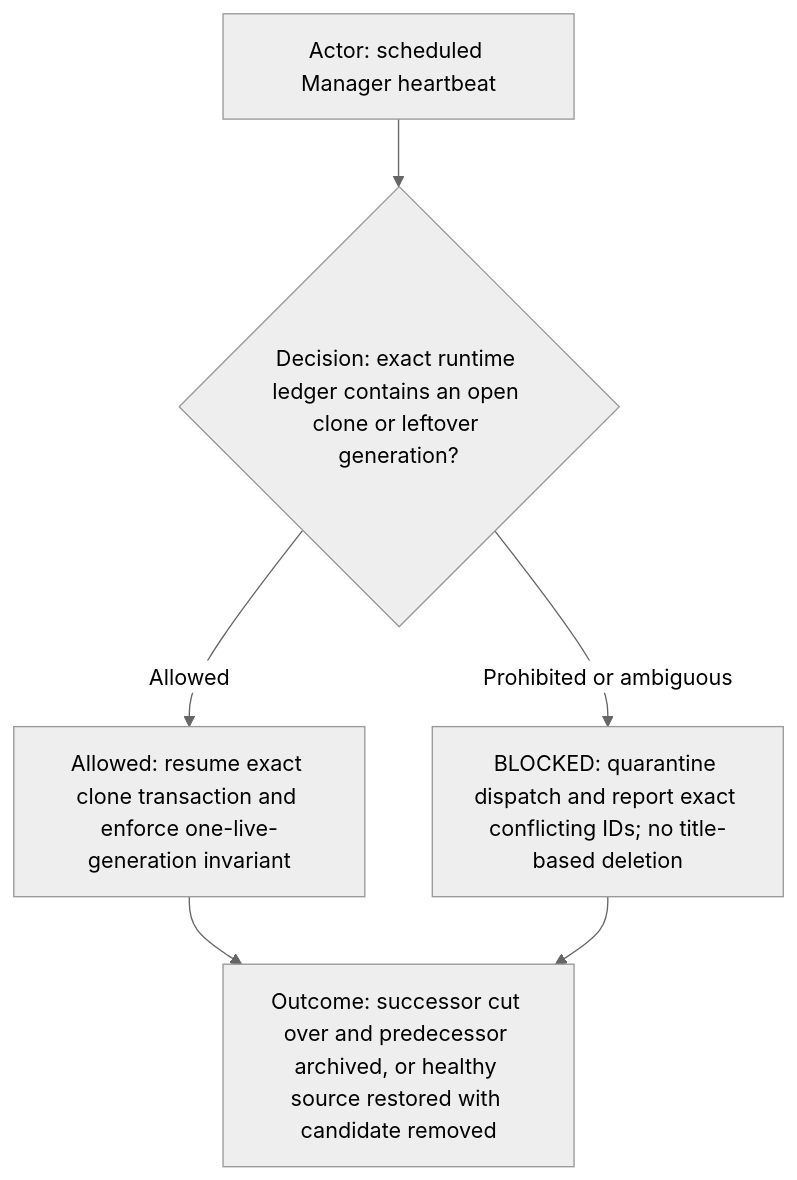
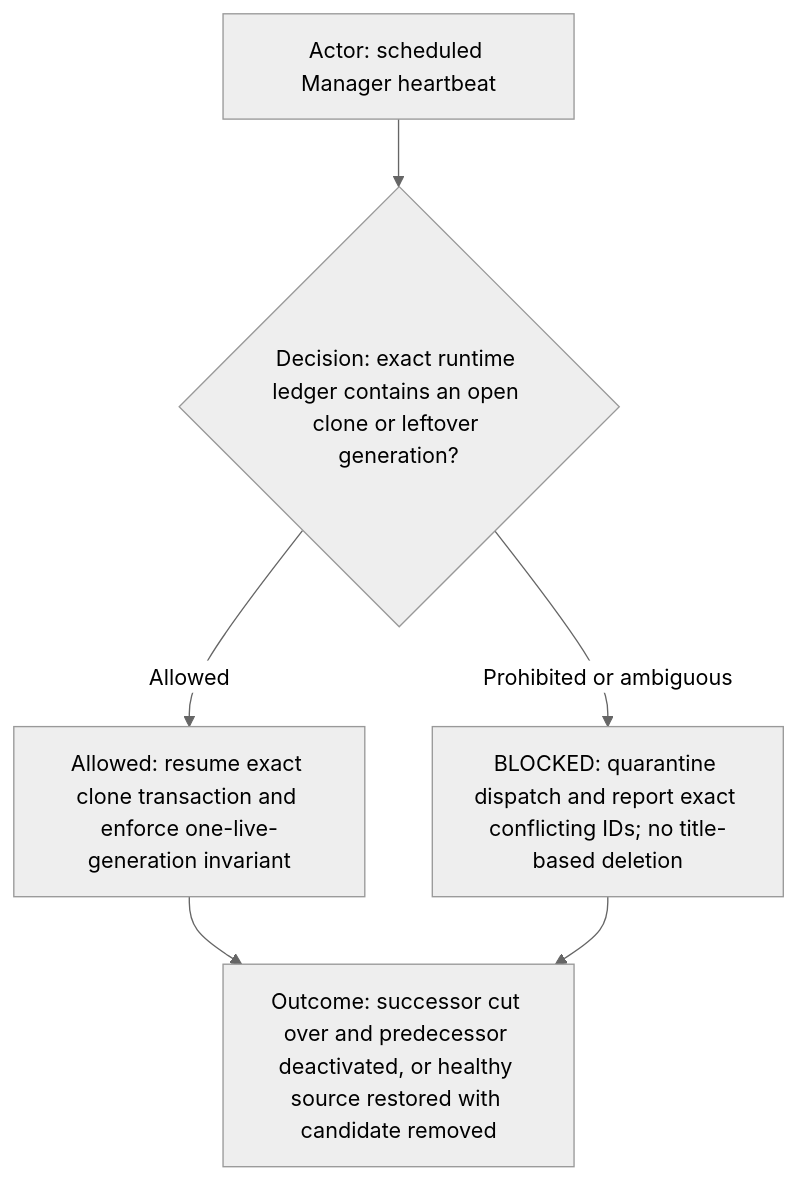
One commit to starodubtsevconsulting/ai-fleas changed diagram 21 of 24 in ai-workflows/_common/roles/manager.md. Above: the diagram before and after it, drawn with Mermaid (neutral theme). The commit also changed other lines of this file and 15 other files, not shown here.

````diff
--- a/ai-workflows/_common/roles/manager.md
+++ b/ai-workflows/_common/roles/manager.md
@@ -644,8 +644,8 @@
 ```mermaid
 flowchart TD
   Actor["Actor: scheduled Manager heartbeat"] --> Decision{"Decision: exact runtime ledger contains an open clone or leftover generation?"}
   Decision -->|Allowed| Reconcile["Allowed: resume exact clone transaction and enforce one-live-generation invariant"]
   Decision -->|Prohibited or ambiguous| Blocked["BLOCKED: quarantine dispatch and report exact conflicting IDs; no title-based deletion"]
-  Reconcile --> Outcome["Outcome: successor cut over and predecessor archived, or healthy source restored with candidate removed"]
+  Reconcile --> Outcome["Outcome: successor cut over and predecessor deactivated, or healthy source restored with candidate removed"]
   Blocked --> Outcome
 ```
````
